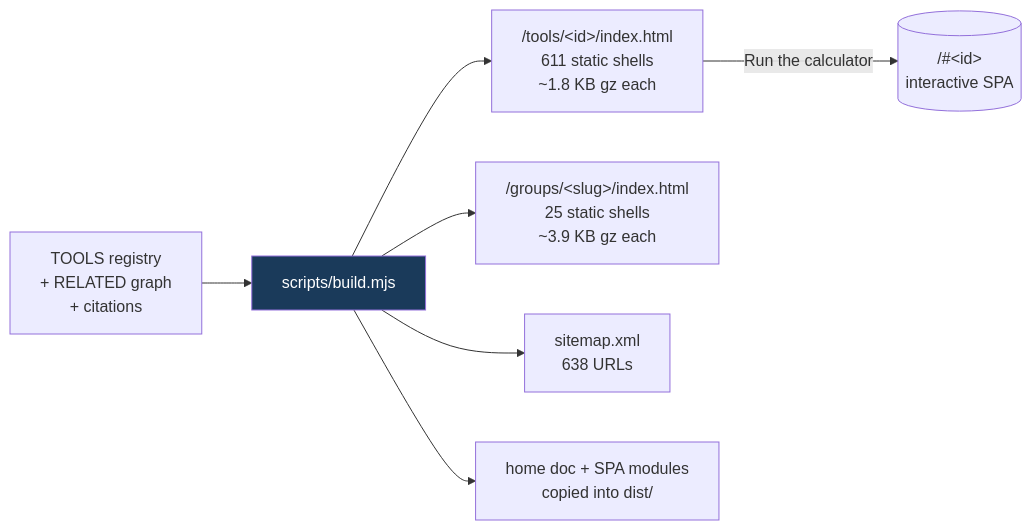
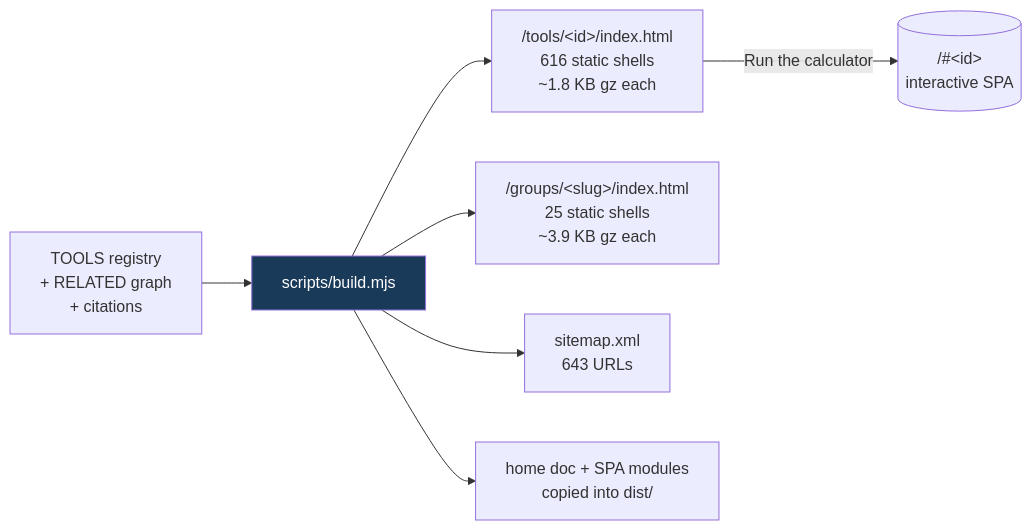
One commit to clay-good/roughlogic.com changed the fifth of 8 diagrams in README.md. Above: the diagram before and after it, drawn with Mermaid. The commit also changed other lines of this file and 16 other files, not shown here.

````diff
--- a/README.md
+++ b/README.md
@@ -363,10 +363,10 @@
 ```mermaid
 flowchart LR
     SRC[TOOLS registry\n+ RELATED graph\n+ citations] --> BUILD[scripts/build.mjs]
-    BUILD --> TILE["/tools/&lt;id&gt;/index.html\n611 static shells\n~1.8 KB gz each"]
+    BUILD --> TILE["/tools/&lt;id&gt;/index.html\n616 static shells\n~1.8 KB gz each"]
     BUILD --> GROUP["/groups/&lt;slug&gt;/index.html\n25 static shells\n~3.9 KB gz each"]
-    BUILD --> MAP["sitemap.xml\n638 URLs"]
+    BUILD --> MAP["sitemap.xml\n643 URLs"]
     BUILD --> COPY[home doc + SPA modules\ncopied into dist/]
     TILE -->|Run the calculator| SPA[("/#&lt;id&gt;\ninteractive SPA")]
     style BUILD fill:#1a3a5a,color:#fff
 ```
````
